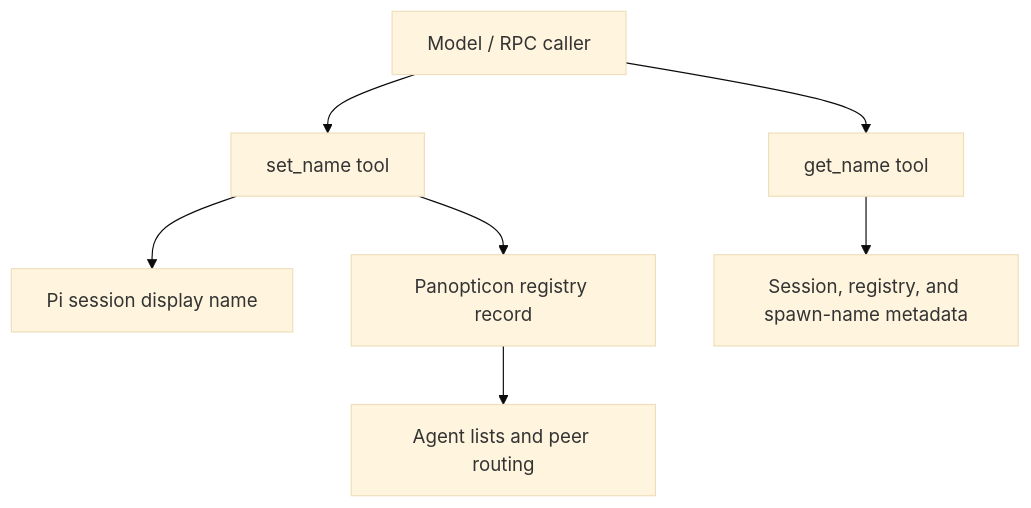
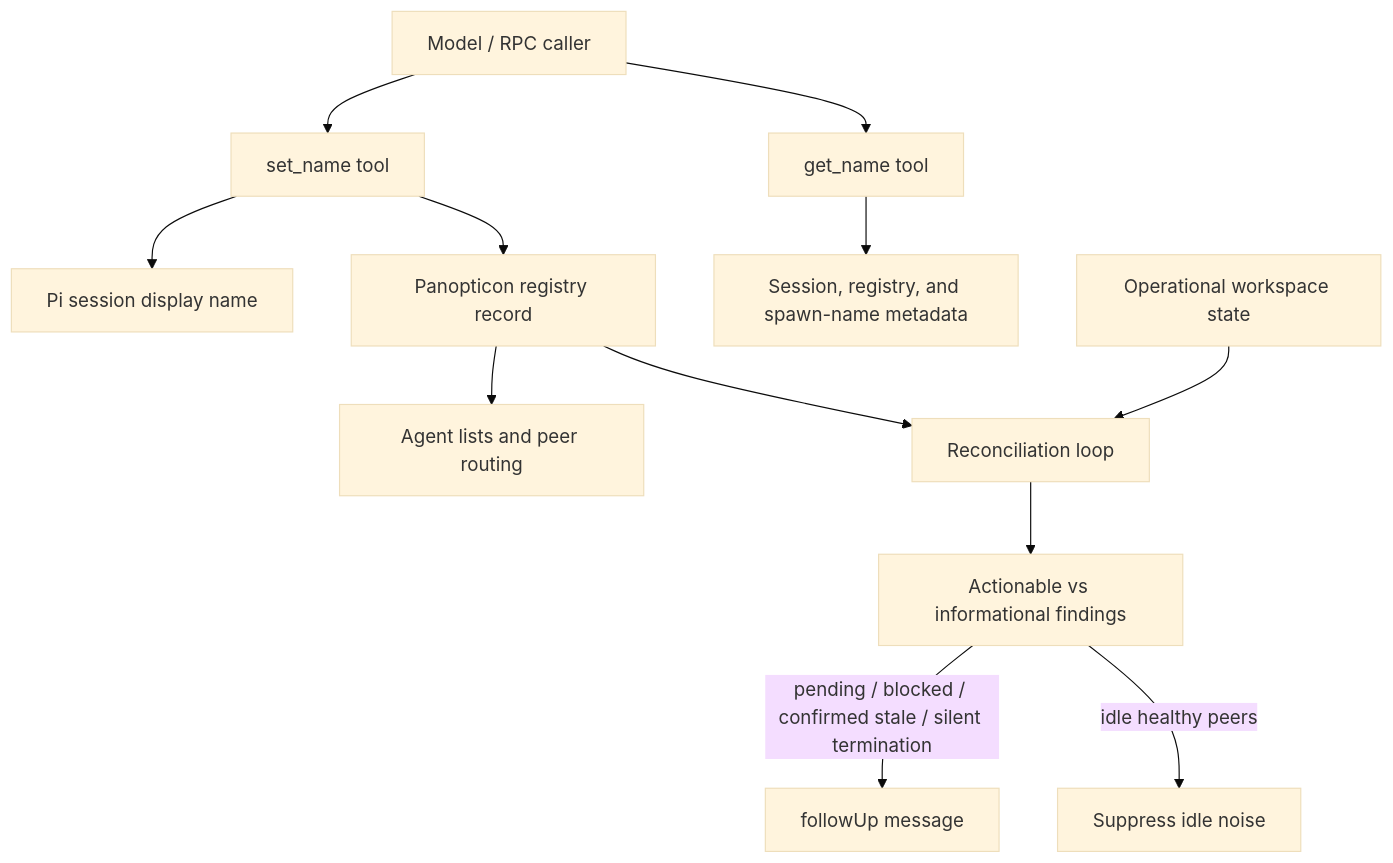
The second of 3 diagrams in docs/architecture.md (tS7hKamAYL84j91/pi-tools-and-skills), drawn with Mermaid (base theme) before and after one commit. The commit also changed other lines of this file and 6 other files, not shown here.

Commit message:
fix(panopticon): suppress idle reconciliation noise

````diff
--- a/docs/architecture.md
+++ b/docs/architecture.md
@@ -90,9 +90,15 @@
 ```mermaid
 flowchart TD
   Caller[Model / RPC caller] --> GetName[get_name tool]
   Caller --> SetName[set_name tool]
   SetName --> Session[Pi session display name]
   SetName --> Registry[Panopticon registry record]
   Registry --> Display[Agent lists and peer routing]
   GetName --> Details[Session, registry, and spawn-name metadata]
+
+  Registry --> Reconciler[Reconciliation loop]
+  State[Operational workspace state] --> Reconciler
+  Reconciler --> Classifier[Actionable vs informational findings]
+  Classifier -->|pending / blocked / confirmed stale / silent termination| FollowUp[followUp message]
+  Classifier -->|idle healthy peers| Suppress[Suppress idle noise]
 ```
````
